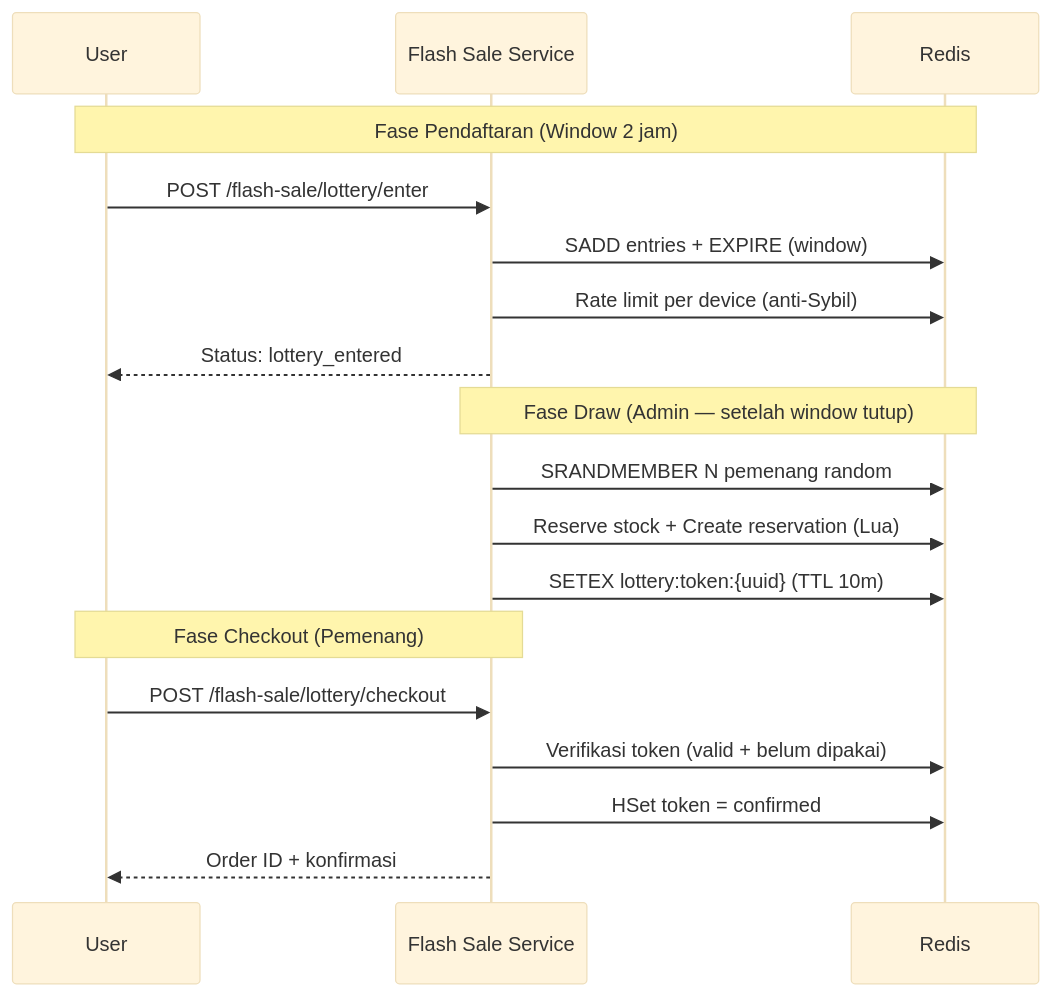
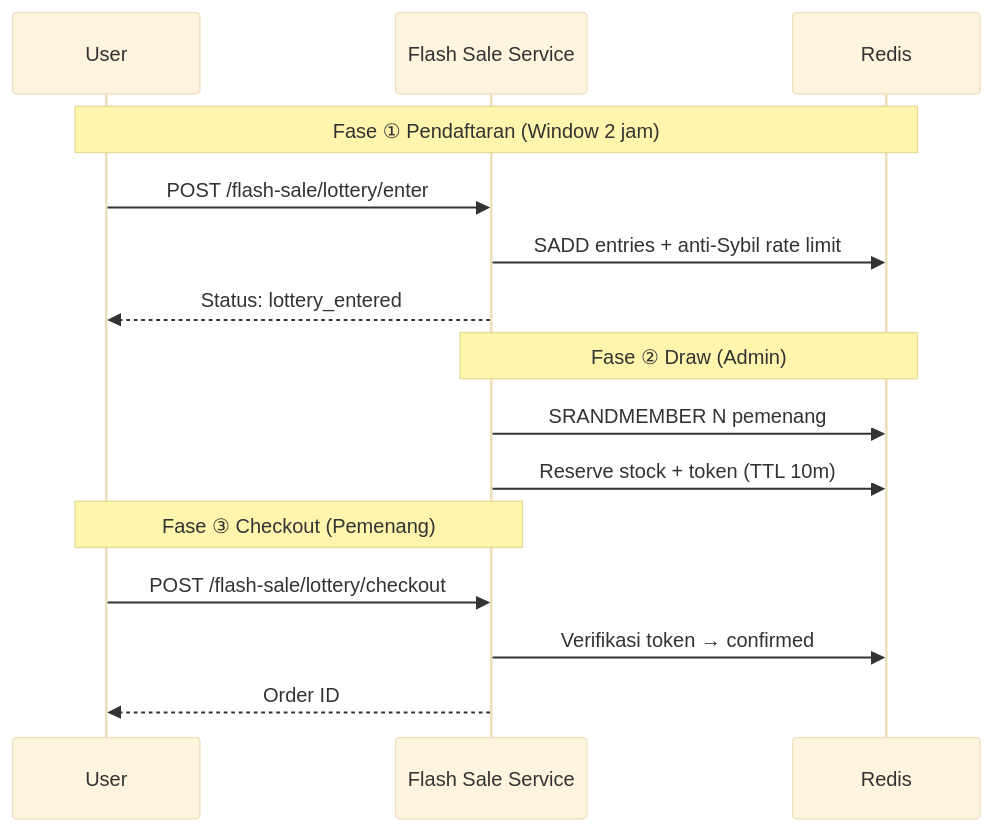
The eighth of 10 diagrams in book/id/08-qcommerce/flash-sale.md (faisalaffan/faisalaffan-design-system), drawn with Mermaid before and after one commit. The commit also changed other lines of this file, not shown here.

First line of the commit message:
refactor(docs): consolidate architecture diagrams, add Lua race visualization

````diff
--- a/book/id/08-qcommerce/flash-sale.md
+++ b/book/id/08-qcommerce/flash-sale.md
@@ -209,24 +160,21 @@
 ```mermaid
 %%{init: {"theme": "base", "themeVariables": {"background": "#ffffff"}}}%%
 sequenceDiagram
     participant U as User
     participant FS as Flash Sale Service
     participant R as Redis
 
-    Note over U,R: Fase Pendaftaran (Window 2 jam)
+    Note over U,R: Fase ① Pendaftaran (Window 2 jam)
     U->>FS: POST /flash-sale/lottery/enter
-    FS->>R: SADD entries + EXPIRE (window)
-    FS->>R: Rate limit per device (anti-Sybil)
+    FS->>R: SADD entries + anti-Sybil rate limit
     FS-->>U: Status: lottery_entered
 
-    Note over FS,R: Fase Draw (Admin — setelah window tutup)
-    FS->>R: SRANDMEMBER N pemenang random
-    FS->>R: Reserve stock + Create reservation (Lua)
-    FS->>R: SETEX lottery:token:{uuid} (TTL 10m)
+    Note over FS,R: Fase ② Draw (Admin)
+    FS->>R: SRANDMEMBER N pemenang
+    FS->>R: Reserve stock + token (TTL 10m)
 
-    Note over U,FS: Fase Checkout (Pemenang)
+    Note over U,FS: Fase ③ Checkout (Pemenang)
     U->>FS: POST /flash-sale/lottery/checkout
-    FS->>R: Verifikasi token (valid + belum dipakai)
-    FS->>R: HSet token = confirmed
-    FS-->>U: Order ID + konfirmasi
+    FS->>R: Verifikasi token → confirmed
+    FS-->>U: Order ID
 ```
````
